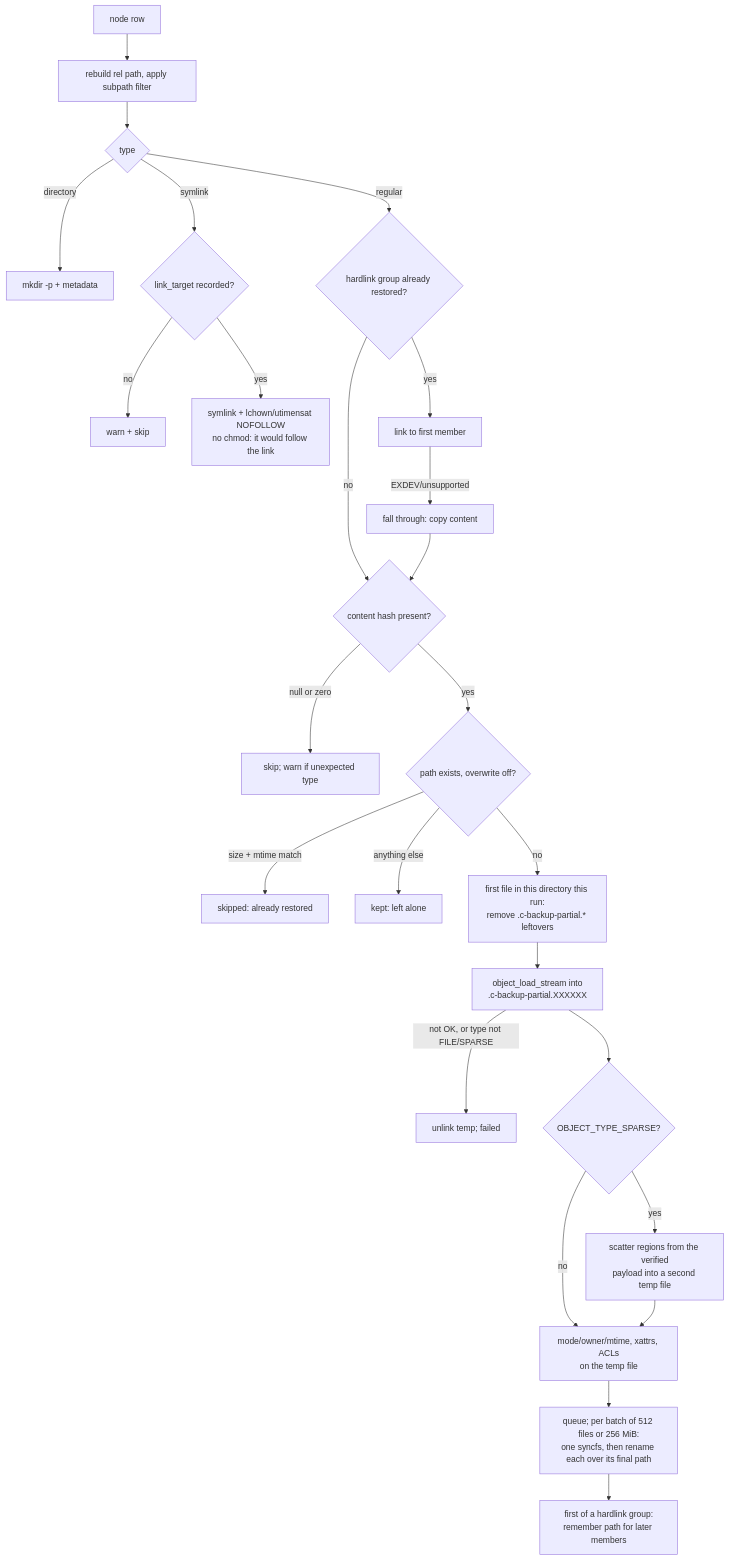
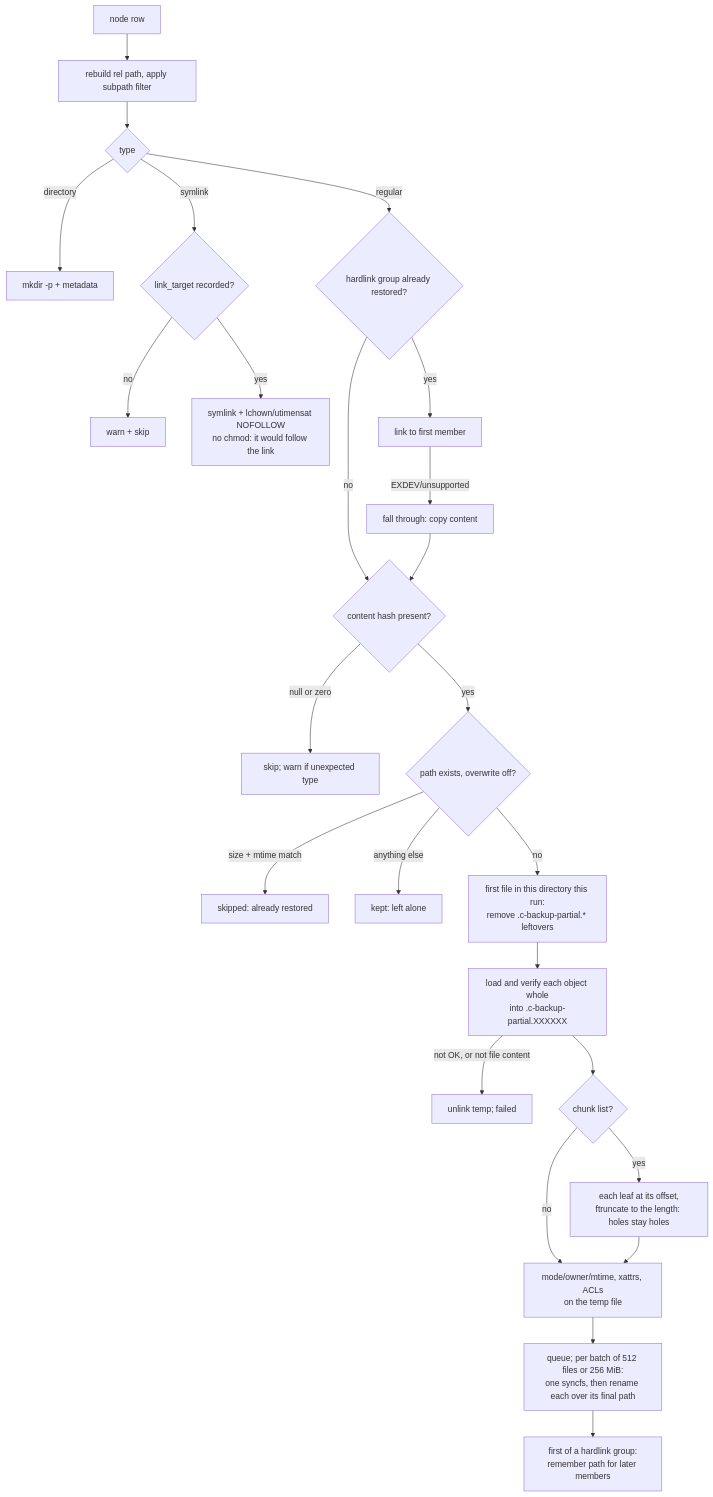
Before and after one commit to vifair22/c-backup: the third of 3 diagrams in docs/data-paths.md, drawn with Mermaid. The commit also changed other lines of this file and 10 other files, not shown here.

````diff
--- a/docs/data-paths.md
+++ b/docs/data-paths.md
@@ -575,27 +496,27 @@
 ```mermaid
 flowchart TD
     N[node row] --> P[rebuild rel path, apply subpath filter]
     P --> T{type}
     T -->|directory| MD[mkdir -p + metadata]
     T -->|symlink| SL{link_target recorded?}
     SL -->|no| SKIP1[warn + skip]
     SL -->|yes| SLC[symlink + lchown/utimensat NOFOLLOW<br>no chmod: it would follow the link]
     T -->|regular| HL{hardlink group already restored?}
     HL -->|yes| LN[link to first member]
     LN -->|EXDEV/unsupported| CP[fall through: copy content]
     HL -->|no| CH{content hash present?}
     CP --> CH
     CH -->|null or zero| SKIP2[skip; warn if unexpected type]
     CH -->|yes| EX{path exists, overwrite off?}
     EX -->|size + mtime match| SKIP3[skipped: already restored]
     EX -->|anything else| KEPT[kept: left alone]
     EX -->|no| SW[first file in this directory this run:<br>remove .c-backup-partial.* leftovers]
-    SW --> ST[object_load_stream into<br>.c-backup-partial.XXXXXX]
-    ST -->|not OK, or type not FILE/SPARSE| DEL[unlink temp; failed]
-    ST --> SP{OBJECT_TYPE_SPARSE?}
-    SP -->|yes| SCAT[scatter regions from the verified<br>payload into a second temp file]
+    SW --> ST[load and verify each object whole<br>into .c-backup-partial.XXXXXX]
+    ST -->|not OK, or not file content| DEL[unlink temp; failed]
+    ST --> SP{chunk list?}
+    SP -->|yes| SCAT[each leaf at its offset,<br>ftruncate to the length: holes stay holes]
     SP -->|no| META[mode/owner/mtime, xattrs, ACLs<br>on the temp file]
     SCAT --> META
     META --> REN[queue; per batch of 512 files or 256 MiB:<br>one syncfs, then rename each over its final path]
     REN --> REM[first of a hardlink group:<br>remember path for later members]
 ```
````
